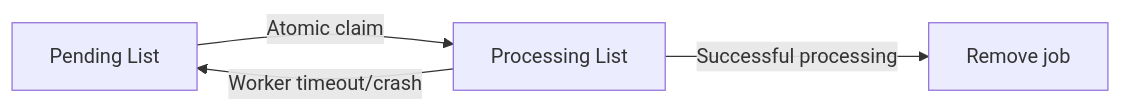
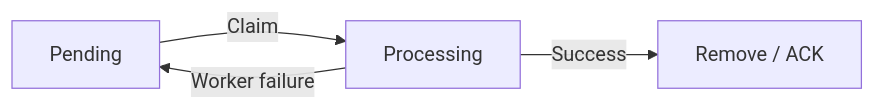
The sixth of 16 diagrams in src/content/task-processing/message-brokers-redis-rabbitmq-sqs.md (AvadhBhalodiya/Interview-Preparation), drawn with Mermaid before and after one commit. The commit also changed other lines of this file and 80 other files, not shown here.

````diff
--- a/src/content/task-processing/message-brokers-redis-rabbitmq-sqs.md
+++ b/src/content/task-processing/message-brokers-redis-rabbitmq-sqs.md
@@ -367,6 +247,6 @@
 ```mermaid
 flowchart LR
-    P[Pending List] -->|Atomic claim| PR[Processing List]
-    PR -->|Successful processing| D[Remove job]
-    PR -->|Worker timeout/crash| P
+    Q[Pending] -->|Claim| P[Processing]
+    P -->|Success| A[Remove / ACK]
+    P -->|Worker failure| Q
 ```
````
